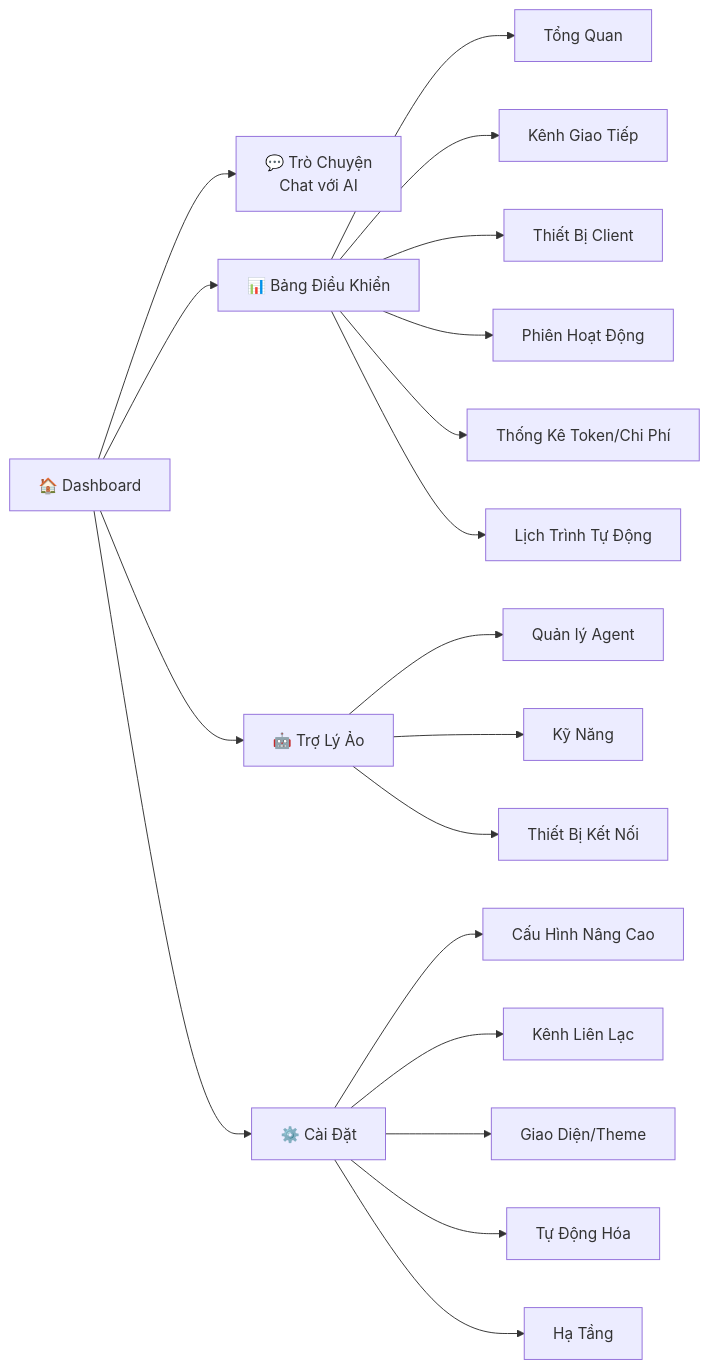
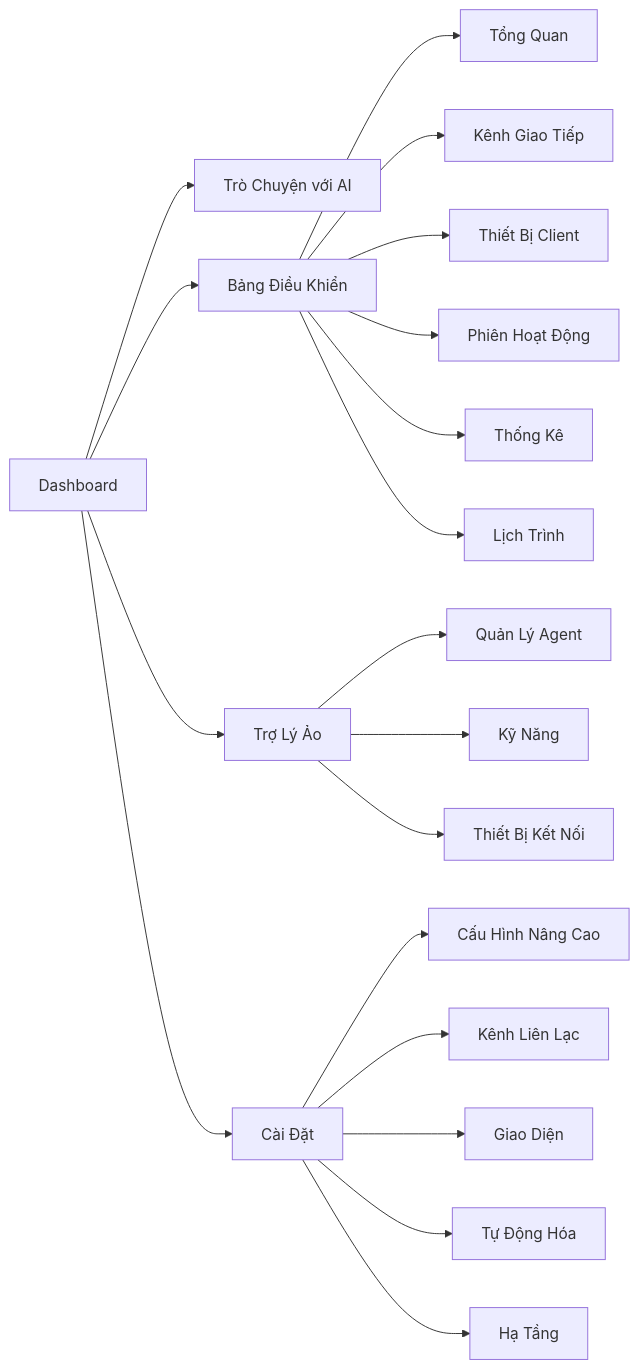
One commit to orecateamedu/irukaclaw changed the second of 4 diagrams in huong-dan/bat-dau.md. Above: the diagram before and after it, drawn with Mermaid. The commit also changed other lines of this file and 4 other files, not shown here.

````diff
--- a/huong-dan/bat-dau.md
+++ b/huong-dan/bat-dau.md
@@ -127,24 +127,24 @@
 ```mermaid
 graph LR
-    ROOT["🏠 Dashboard"] --> A["💬 Trò Chuyện<br>Chat với AI"]
-    ROOT --> B["📊 Bảng Điều Khiển"]
-    ROOT --> C["🤖 Trợ Lý Ảo"]
-    ROOT --> D["⚙️ Cài Đặt"]
+    ROOT["Dashboard"] --> A["Trò Chuyện với AI"]
+    ROOT --> B["Bảng Điều Khiển"]
+    ROOT --> C["Trợ Lý Ảo"]
+    ROOT --> D["Cài Đặt"]
 
     B --> B1["Tổng Quan"]
     B --> B2["Kênh Giao Tiếp"]
     B --> B3["Thiết Bị Client"]
     B --> B4["Phiên Hoạt Động"]
-    B --> B5["Thống Kê Token/Chi Phí"]
-    B --> B6["Lịch Trình Tự Động"]
+    B --> B5["Thống Kê"]
+    B --> B6["Lịch Trình"]
 
-    C --> C1["Quản lý Agent"]
+    C --> C1["Quản Lý Agent"]
     C --> C2["Kỹ Năng"]
     C --> C3["Thiết Bị Kết Nối"]
 
     D --> D1["Cấu Hình Nâng Cao"]
     D --> D2["Kênh Liên Lạc"]
-    D --> D3["Giao Diện/Theme"]
+    D --> D3["Giao Diện"]
     D --> D4["Tự Động Hóa"]
     D --> D5["Hạ Tầng"]
 ```
````
